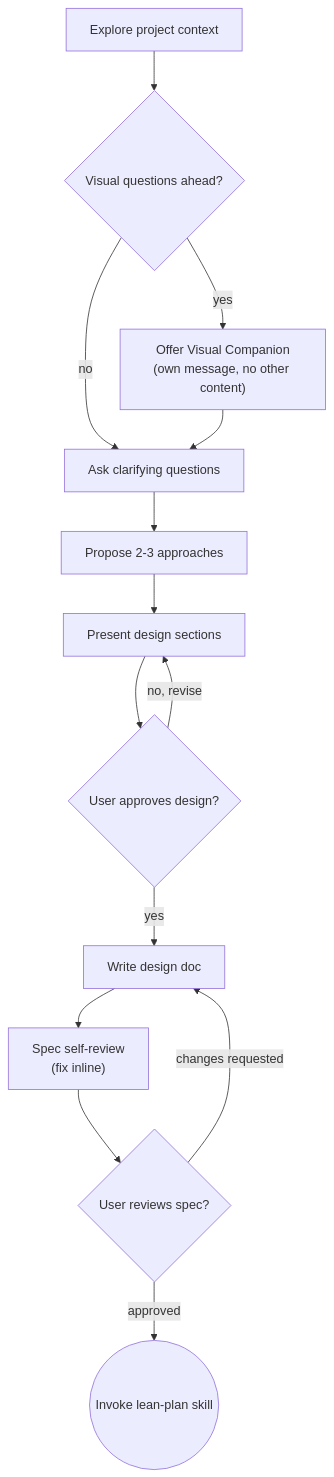
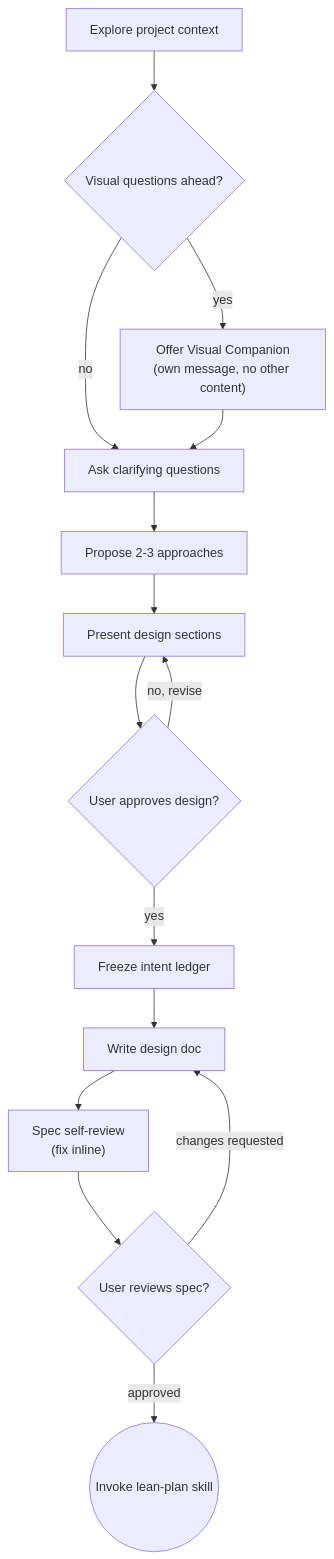
One commit to chris-santiago/claude-plugins changed the diagram in chris-code/skills/brainstorming/SKILL.md. Above: the diagram before and after it, drawn with Mermaid. The commit also changed other lines of this file and 11 other files, not shown here.

First line of the commit message:
Add intent integrity (Block B): conformance pair, intent ledger, completeness markers

````diff
--- a/chris-code/skills/brainstorming/SKILL.md
+++ b/chris-code/skills/brainstorming/SKILL.md
@@ -37,28 +38,30 @@
 ```mermaid
 flowchart TB
     explore["Explore project context"]
     visual{"Visual questions ahead?"}
     companion["Offer Visual Companion<br/>(own message, no other content)"]
     clarify["Ask clarifying questions"]
     approaches["Propose 2-3 approaches"]
     design["Present design sections"]
     approve{"User approves design?"}
+    ledger["Freeze intent ledger"]
     write["Write design doc"]
     selfreview["Spec self-review<br/>(fix inline)"]
     userreview{"User reviews spec?"}
     leanplan(("Invoke lean-plan skill"))
 
     explore --> visual
     visual -->|yes| companion
     visual -->|no| clarify
     companion --> clarify
     clarify --> approaches
     approaches --> design
     design --> approve
     approve -->|"no, revise"| design
-    approve -->|yes| write
+    approve -->|yes| ledger
+    ledger --> write
     write --> selfreview
     selfreview --> userreview
     userreview -->|changes requested| write
     userreview -->|approved| leanplan
 ```
````
